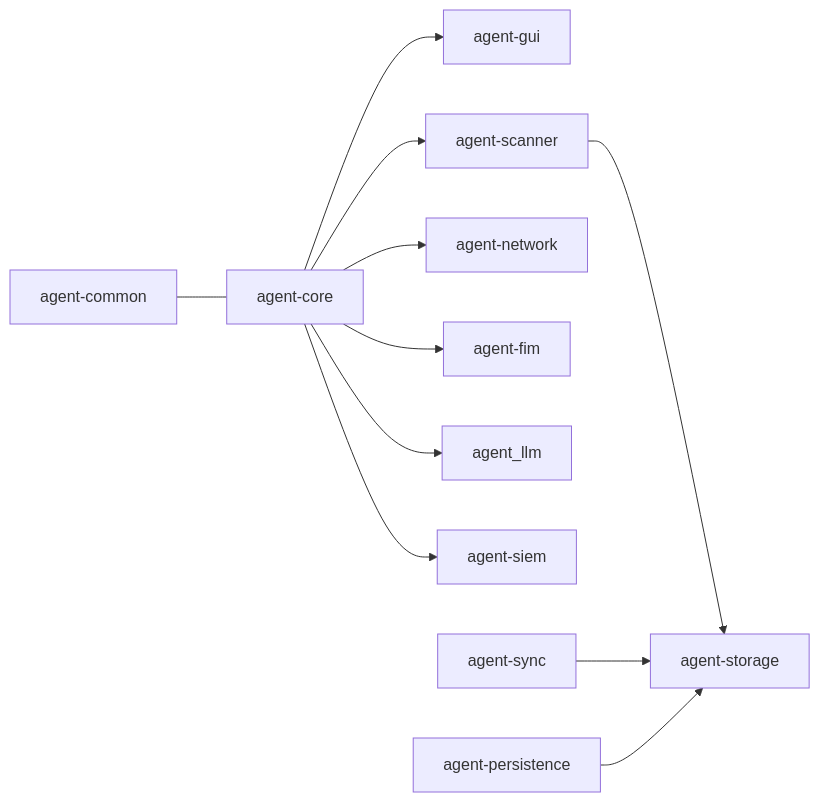
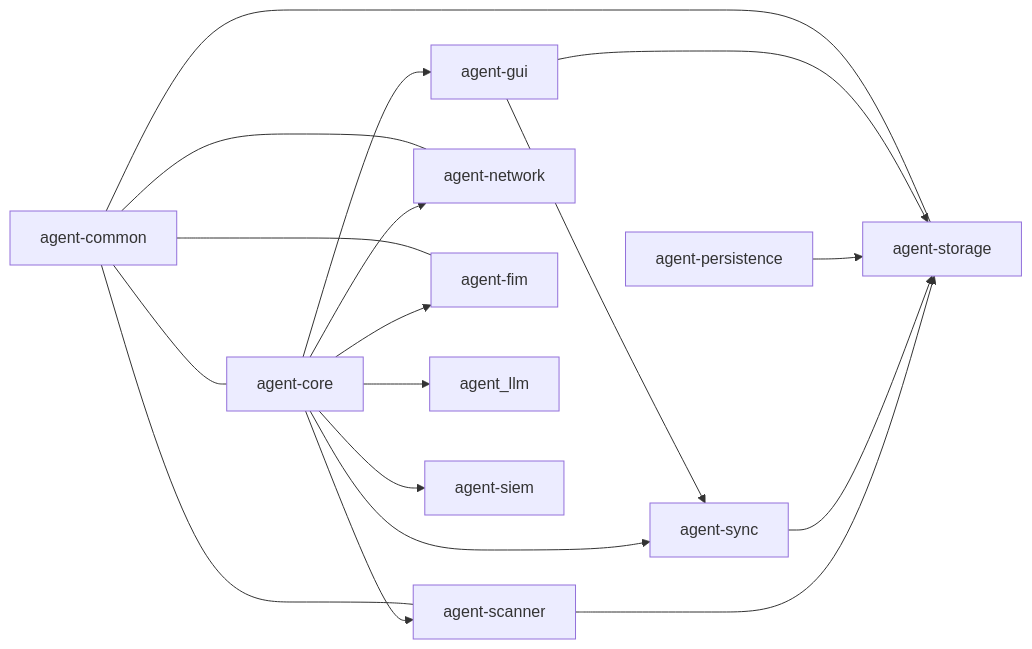
Before and after one commit to CTC-Kernel/sentinel-agent: the first of 2 diagrams in CONTRIBUTING.md, drawn with Mermaid. The commit also changed 13 other files, not shown here.

````diff
--- a/CONTRIBUTING.md
+++ b/CONTRIBUTING.md
@@ -59,13 +59,20 @@
 ```mermaid
 graph LR
     Core[agent-core] --> GUI[agent-gui]
     Core --> Scanner[agent-scanner]
     Core --> Net[agent-network]
     Core --> FIM[agent-fim]
     Core --> LLM[agent_llm]
     Core --> SIEM[agent-siem]
+    Core --> Sync[agent-sync]
     Scanner --> Storage[agent-storage]
-    Sync[agent-sync] --> Storage
+    Sync --> Storage
     Persist[agent-persistence] --> Storage
+    GUI --> Storage
+    GUI --> Sync
     Common[agent-common] --- Core
+    Common --- Scanner
+    Common --- Net
+    Common --- FIM
+    Common --- Storage
 ```
````
